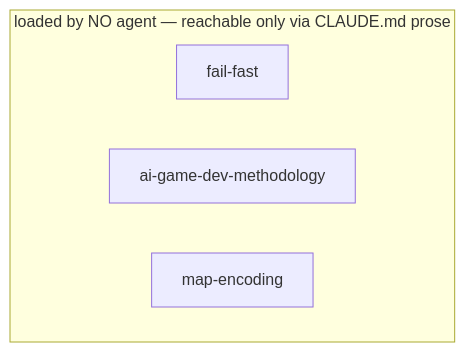
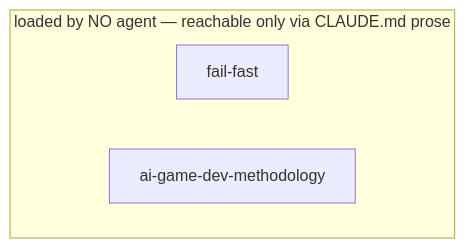
The sixth of 7 diagrams in .claude/GRIMORIO-CHAIN.md (Wilman2612/grimorio-agents), drawn with Mermaid before and after one commit. The commit also changed other lines of this file and 30 other files, not shown here.

````diff
--- a/.claude/GRIMORIO-CHAIN.md
+++ b/.claude/GRIMORIO-CHAIN.md
@@ -407,9 +407,8 @@
 ```mermaid
 flowchart TB
     subgraph ORPH["loaded by NO agent — reachable only via CLAUDE.md prose"]
         direction LR
         O1["fail-fast"]
         O2["ai-game-dev-methodology"]
-        O3["map-encoding"]
     end
 ```
````
